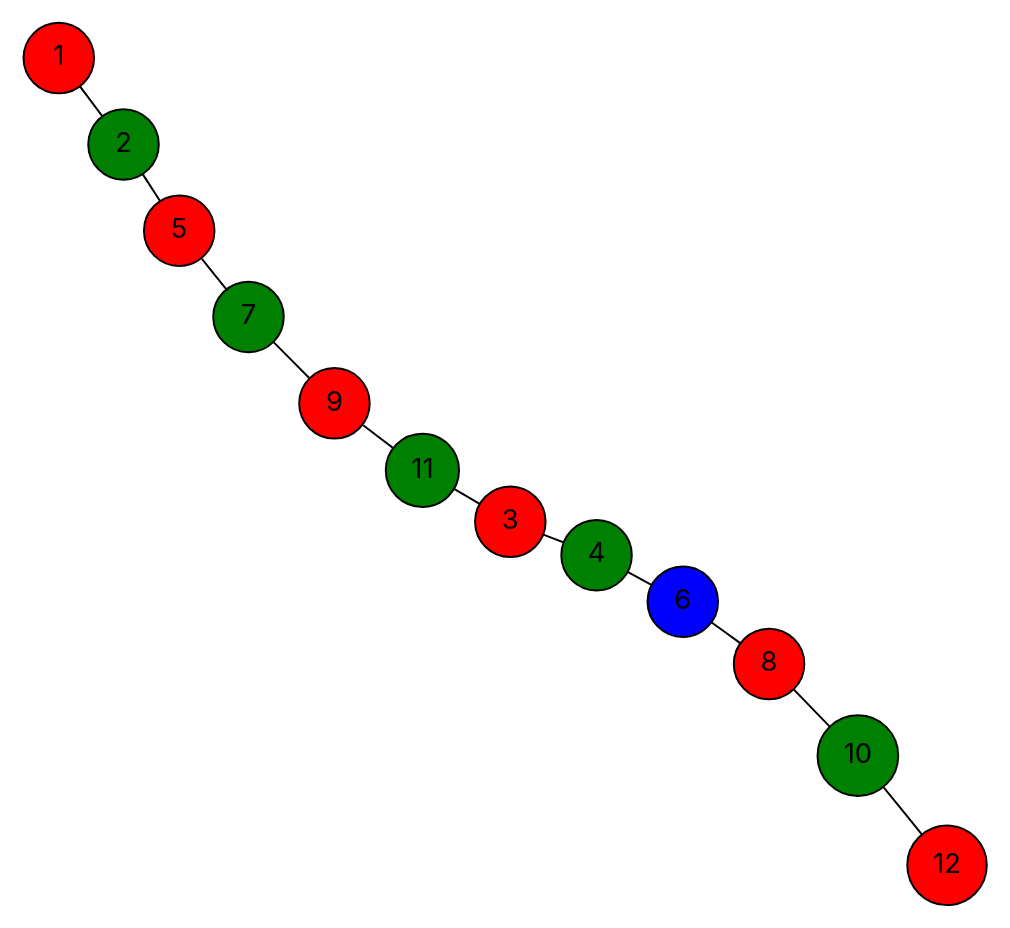
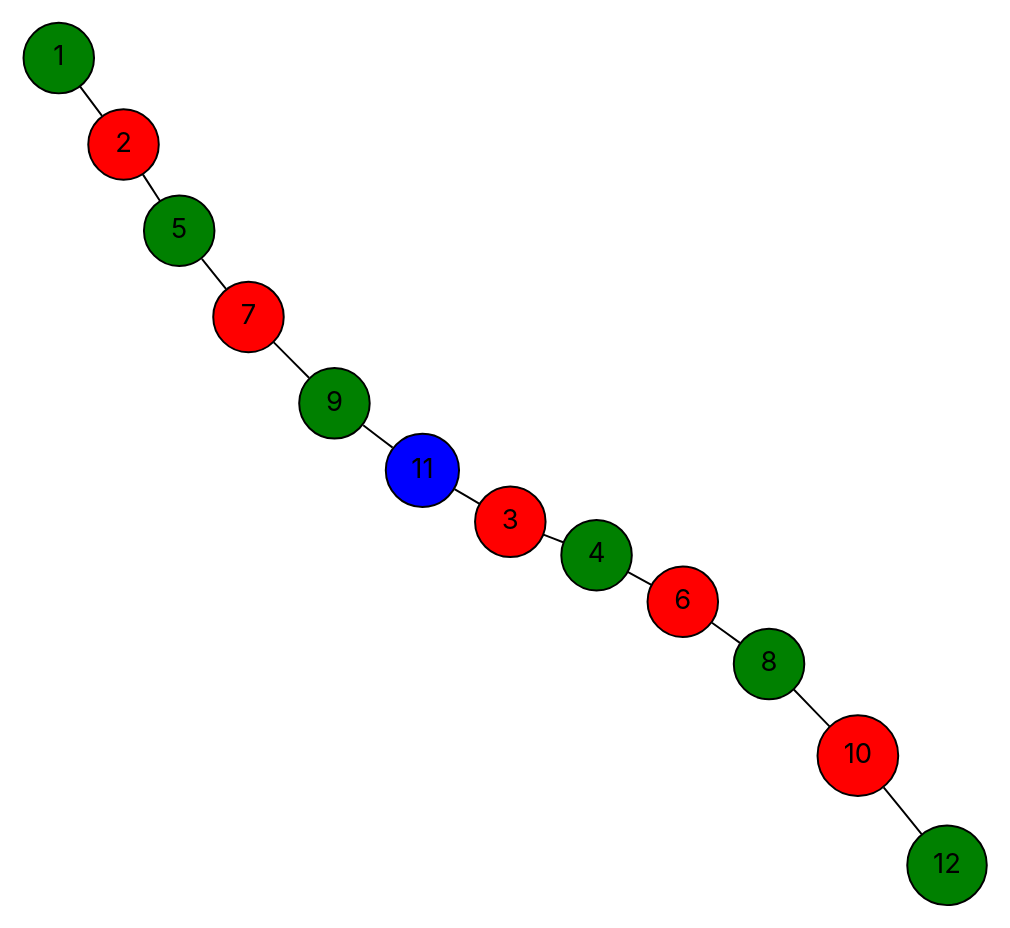
Before and after one commit to vercah/vertex-coloring: the diagram in data/final-dots/easy-06-sequential.dot, drawn with Graphviz. The commit also changed 109 other files, not shown here.

```diff
--- a/data/final-dots/easy-06-sequential.dot
+++ b/data/final-dots/easy-06-sequential.dot
@@ -1,29 +1,29 @@
 graph G {
   layout=neato;
   overlap=false;
   splines=true;
   node [shape=circle, style=filled, fontname=Inter];
-  1 [label="1", fillcolor="red", tooltip="v1 color 0"];
-  2 [label="2", fillcolor="green", tooltip="v2 color 1"];
+  1 [label="1", fillcolor="green", tooltip="v1 color 1"];
+  2 [label="2", fillcolor="red", tooltip="v2 color 0"];
   3 [label="3", fillcolor="red", tooltip="v3 color 0"];
   4 [label="4", fillcolor="green", tooltip="v4 color 1"];
-  5 [label="5", fillcolor="red", tooltip="v5 color 0"];
-  6 [label="6", fillcolor="blue", tooltip="v6 color 2"];
-  7 [label="7", fillcolor="green", tooltip="v7 color 1"];
-  8 [label="8", fillcolor="red", tooltip="v8 color 0"];
-  9 [label="9", fillcolor="red", tooltip="v9 color 0"];
-  10 [label="10", fillcolor="green", tooltip="v10 color 1"];
-  11 [label="11", fillcolor="green", tooltip="v11 color 1"];
-  12 [label="12", fillcolor="red", tooltip="v12 color 0"];
+  5 [label="5", fillcolor="green", tooltip="v5 color 1"];
+  6 [label="6", fillcolor="red", tooltip="v6 color 0"];
+  7 [label="7", fillcolor="red", tooltip="v7 color 0"];
+  8 [label="8", fillcolor="green", tooltip="v8 color 1"];
+  9 [label="9", fillcolor="green", tooltip="v9 color 1"];
+  10 [label="10", fillcolor="red", tooltip="v10 color 0"];
+  11 [label="11", fillcolor="blue", tooltip="v11 color 2"];
+  12 [label="12", fillcolor="green", tooltip="v12 color 1"];
   1 -- 2;
   2 -- 5;
   3 -- 4;
   3 -- 11;
   4 -- 6;
   5 -- 7;
   6 -- 8;
   7 -- 9;
   8 -- 10;
   9 -- 11;
   10 -- 12;
 }
```
